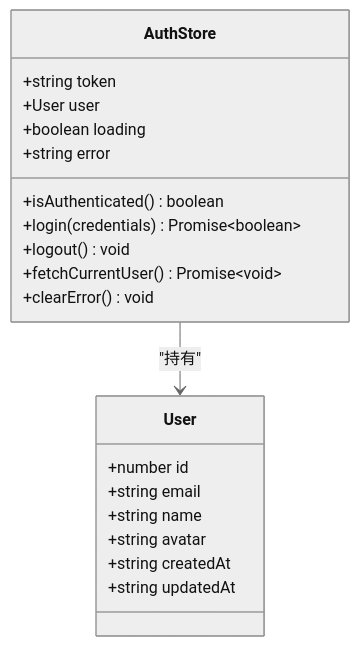
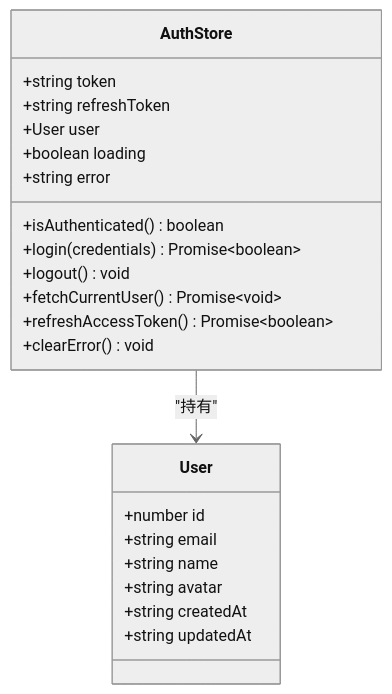
Before and after one commit to xixixiaoyu/vue3-nest-template: the third of 5 diagrams in .qoder/repowiki/zh/content/前端应用/路由系统/导航守卫与权限控制.md, drawn with Mermaid (neutral theme). The commit also changed other lines of this file and 5 other files, not shown here.

````diff
--- a/.qoder/repowiki/zh/content/前端应用/路由系统/导航守卫与权限控制.md
+++ b/.qoder/repowiki/zh/content/前端应用/路由系统/导航守卫与权限控制.md
@@ -137,23 +153,25 @@
 ```mermaid
 classDiagram
 class AuthStore {
 +string token
++string refreshToken
 +User user
 +boolean loading
 +string error
 +isAuthenticated() boolean
 +login(credentials) Promise~boolean~
 +logout() void
 +fetchCurrentUser() Promise~void~
++refreshAccessToken() Promise~boolean~
 +clearError() void
 }
 class User {
 +number id
 +string email
 +string name
 +string avatar
 +string createdAt
 +string updatedAt
 }
 AuthStore --> User : "持有"
 ```
````
